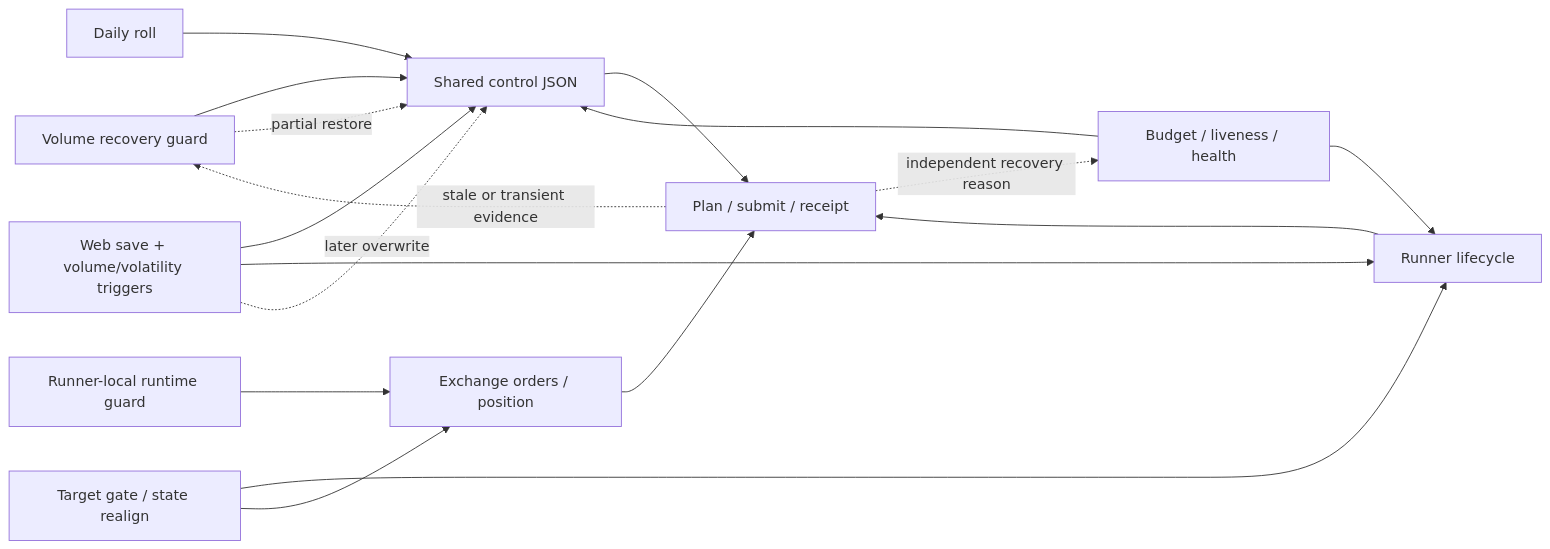
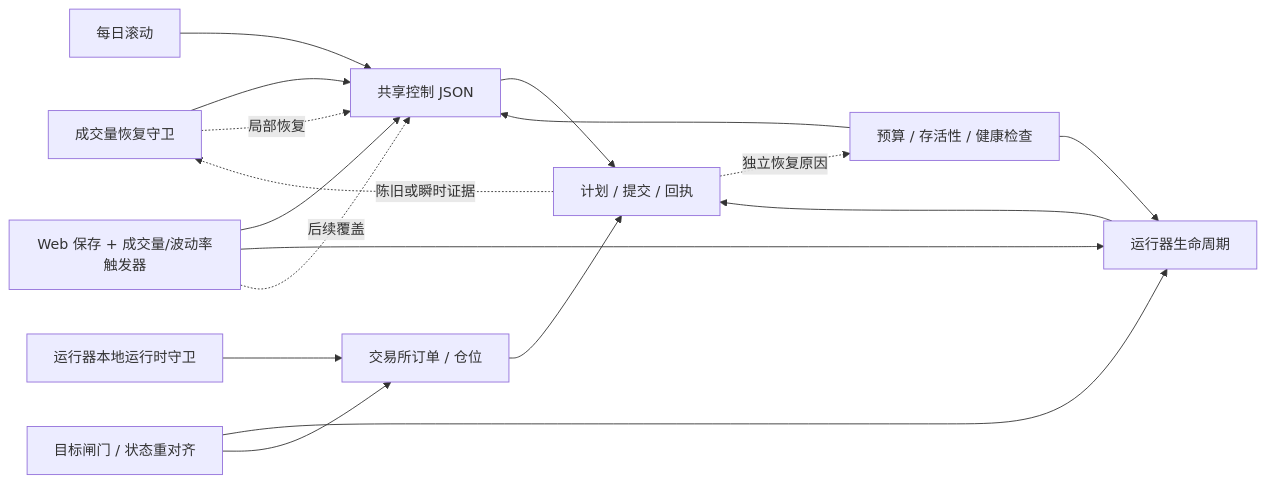
Before and after one commit to t86/grid_trading: the first of 2 diagrams in docs/superpowers/specs/2026-07-14-futures-recovery-single-action-coordinator-design.md, drawn with Mermaid. The commit also changed other lines of this file, not shown here.

Commit message:
docs: translate recovery coordinator spec to Chinese

````diff
--- a/docs/superpowers/specs/2026-07-14-futures-recovery-single-action-coordinator-design.md
+++ b/docs/superpowers/specs/2026-07-14-futures-recovery-single-action-coordinator-design.md
@@ -43,19 +53,19 @@
 ```mermaid
 flowchart LR
-    G["Volume recovery guard"] --> C["Shared control JSON"]
-    B["Budget / liveness / health"] --> C
-    B --> R["Runner lifecycle"]
-    W["Web save + volume/volatility triggers"] --> C
+    G["成交量恢复守卫"] --> C["共享控制 JSON"]
+    B["预算 / 存活性 / 健康检查"] --> C
+    B --> R["运行器生命周期"]
+    W["Web 保存 + 成交量/波动率触发器"] --> C
     W --> R
-    D["Daily roll"] --> C
-    T["Target gate / state realign"] --> R
-    T --> E["Exchange orders / position"]
-    L["Runner-local runtime guard"] --> E
-    C --> P["Plan / submit / receipt"]
+    D["每日滚动"] --> C
+    T["目标闸门 / 状态重对齐"] --> R
+    T --> E["交易所订单 / 仓位"]
+    L["运行器本地运行时守卫"] --> E
+    C --> P["计划 / 提交 / 回执"]
     R --> P
     E --> P
-    P -. "stale or transient evidence" .-> G
-    P -. "independent recovery reason" .-> B
-    G -. "partial restore" .-> C
-    W -. "later overwrite" .-> C
+    P -. "陈旧或瞬时证据" .-> G
+    P -. "独立恢复原因" .-> B
+    G -. "局部恢复" .-> C
+    W -. "后续覆盖" .-> C
 ```
````
